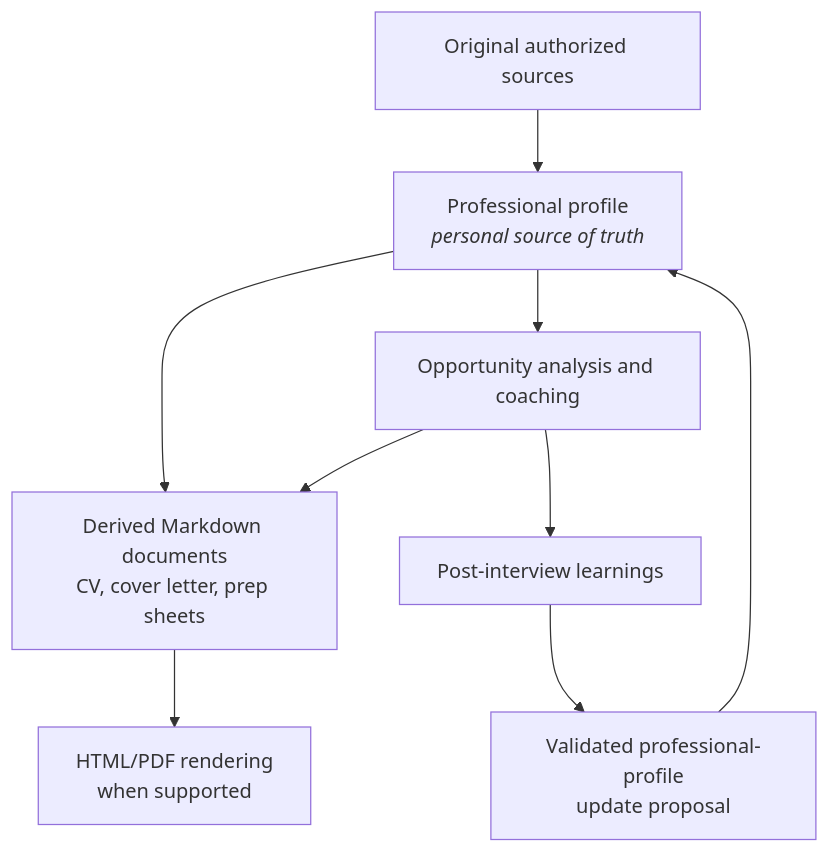
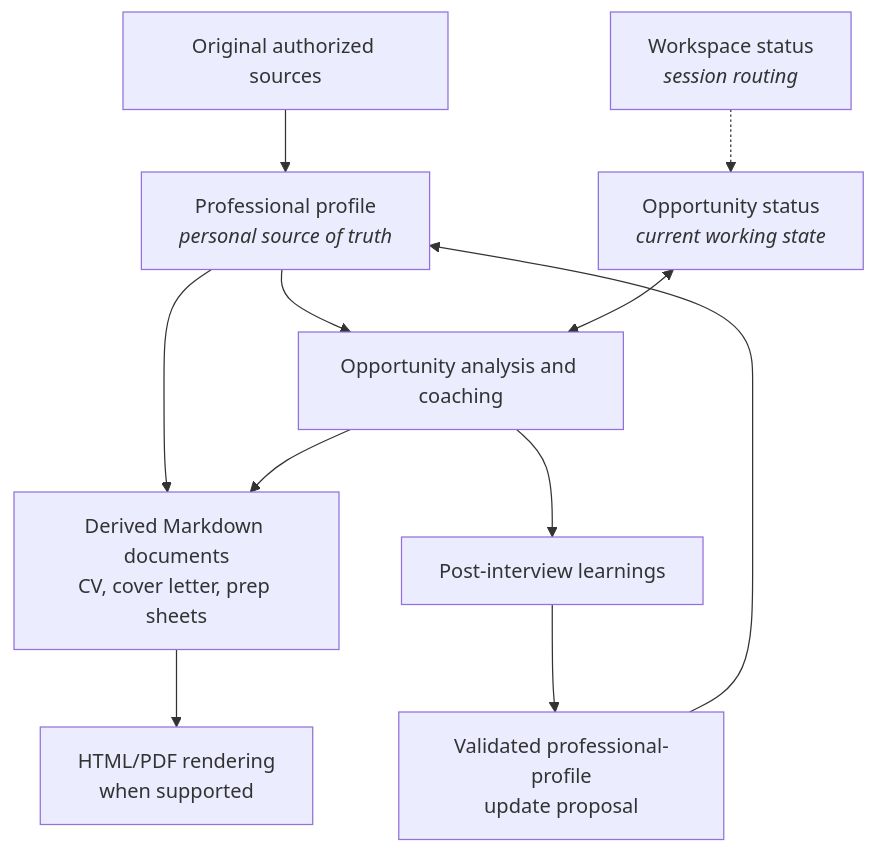
The first of 2 diagrams in docs/document-lifecycle.md (JeromeJ77/career-ai-toolkit), drawn with Mermaid before and after one commit. The commit also changed other lines of this file and 13 other files, not shown here.

````diff
--- a/docs/document-lifecycle.md
+++ b/docs/document-lifecycle.md
@@ -3,19 +3,23 @@
 ```mermaid
 flowchart TD
     sources["Original authorized sources"]
     profile["Professional profile<br/><i>personal source of truth</i>"]
+    workspaceStatus["Workspace status<br/><i>session routing</i>"]
+    opportunityStatus["Opportunity status<br/><i>current working state</i>"]
     opportunity["Opportunity analysis and coaching"]
     derived["Derived Markdown documents<br/>CV, cover letter, prep sheets"]
     render["HTML/PDF rendering<br/>when supported"]
     learnings["Post-interview learnings"]
     proposal["Validated professional-profile<br/>update proposal"]
 
     sources --> profile
+    workspaceStatus -.-> opportunityStatus
     profile --> opportunity
+    opportunityStatus <--> opportunity
     profile --> derived
     opportunity --> derived
     derived --> render
     opportunity --> learnings
     learnings --> proposal
     proposal --> profile
 ```
````
